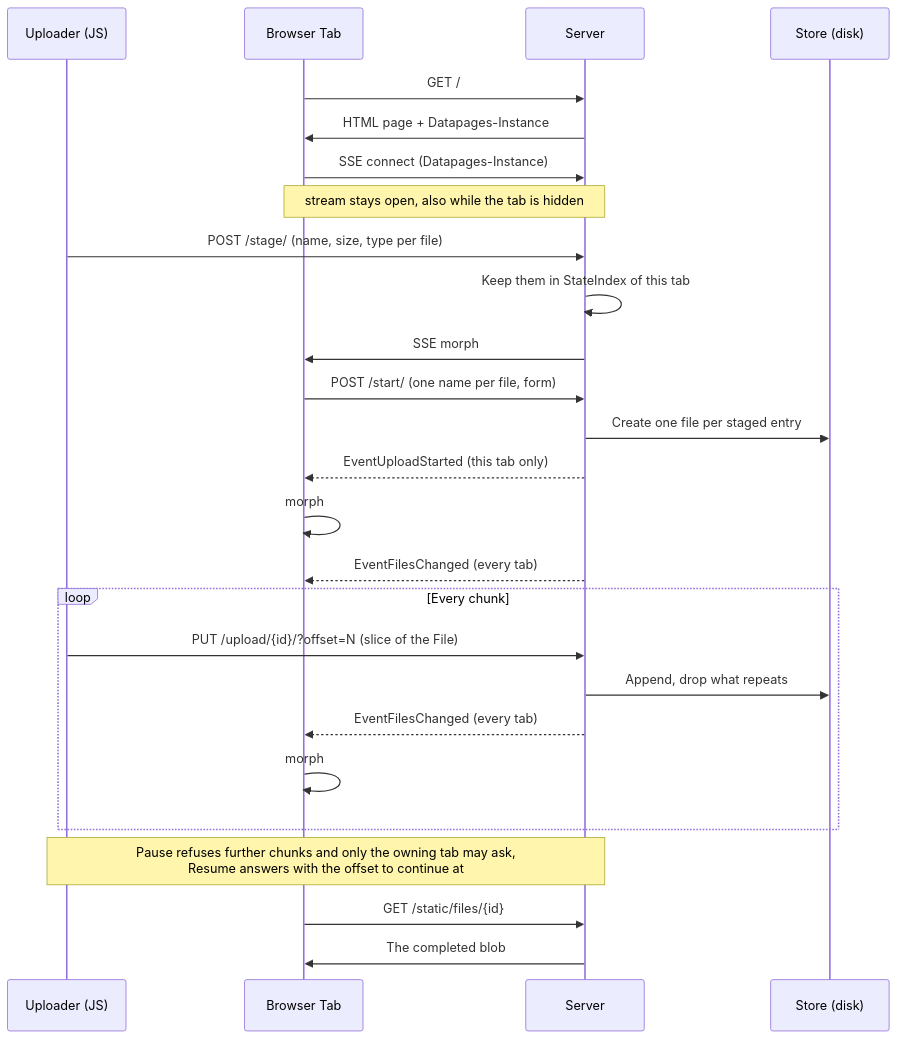
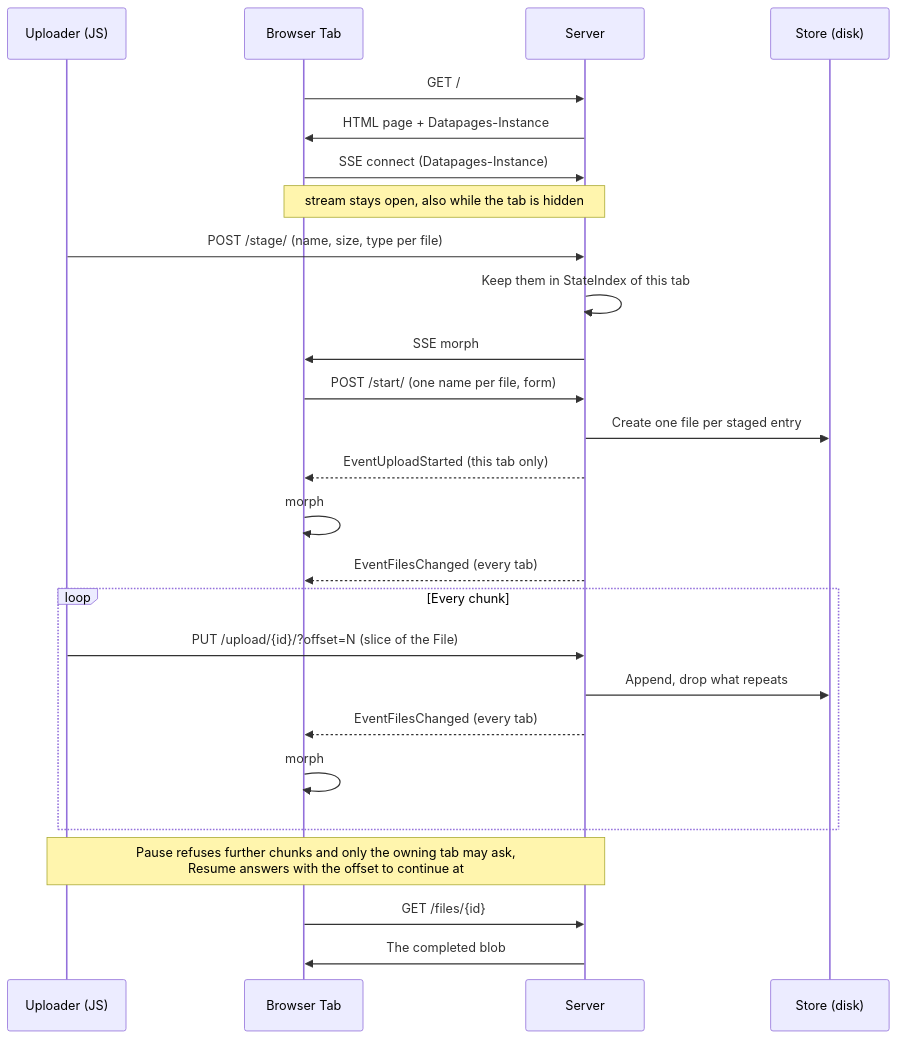
Before and after one commit to romshark/datapages: the diagram in example/file-upload/README.md, drawn with Mermaid. The commit also changed other lines of this file and 34 other files, not shown here.

````diff
--- a/example/file-upload/README.md
+++ b/example/file-upload/README.md
@@ -131,34 +129,34 @@
 ```mermaid
 sequenceDiagram
     participant U as Uploader (JS)
     participant B as Browser Tab
     participant S as Server
     participant D as Store (disk)
 
     B->>S: GET /
     S->>B: HTML page + Datapages-Instance
     B->>S: SSE connect (Datapages-Instance)
     Note over B,S: stream stays open, also while the tab is hidden
 
     U->>S: POST /stage/ (name, size, type per file)
     S->>S: Keep them in StateIndex of this tab
     S->>B: SSE morph #upload-dialog
 
     B->>S: POST /start/ (one name per file, form)
     S->>D: Create one file per staged entry
     S-->>B: EventUploadStarted (this tab only)
     B->>B: morph #upload-dialog away, dpUpload.start(jobs)
     S-->>B: EventFilesChanged (every tab)
 
     loop Every chunk
         U->>S: PUT /upload/{id}/?offset=N (slice of the File)
         S->>D: Append, drop what repeats
         S-->>B: EventFilesChanged (every tab)
         B->>B: morph #file-list, progress bar and bytes
     end
 
     Note over U,S: Pause refuses further chunks and only the owning tab may ask,<br/>Resume answers with the offset to continue at
 
-    B->>S: GET /static/files/{id}
+    B->>S: GET /files/{id}
     S->>B: The completed blob
 ```
````
